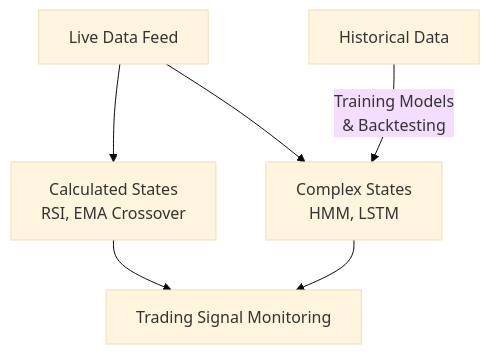
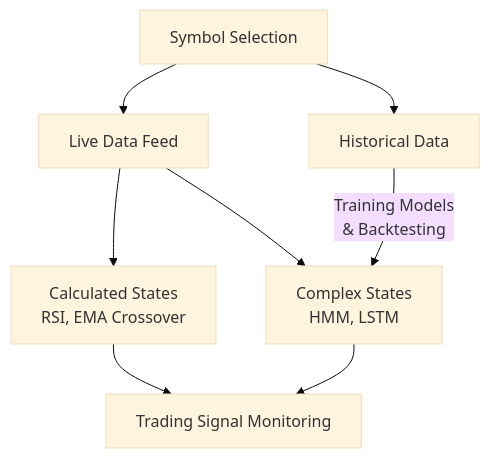
One commit to rcosta-git/CandleSage changed the second of 4 diagrams in README.md. Above: the diagram before and after it, drawn with Mermaid (base theme). The commit also changed other lines of this file, not shown here.

````diff
--- a/README.md
+++ b/README.md
@@ -52,14 +62,17 @@
 ```mermaid
 flowchart TD
+    S[Symbol Selection]
     A[Live Data Feed]
     B[Historical Data]
     C[Calculated States<br>RSI, EMA Crossover]
     D[Complex States<br>HMM, LSTM]
     E[Trading Signal Monitoring]
 
+    S --> A
+    S --> B
     A --> C
     A --> D
     C --> E
     D --> E
     B -- "Training Models<br>& Backtesting" --> D
 ```
````
